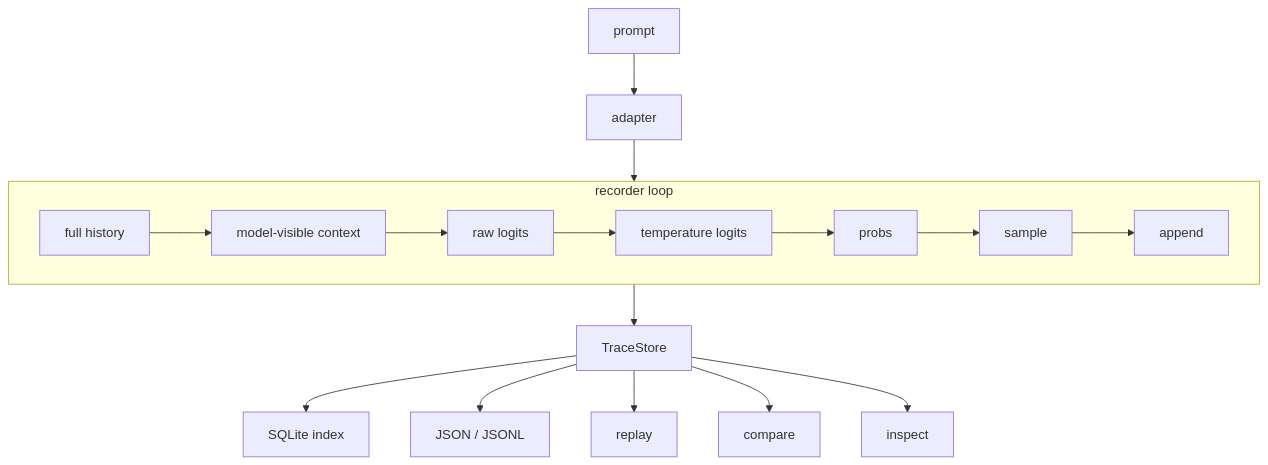
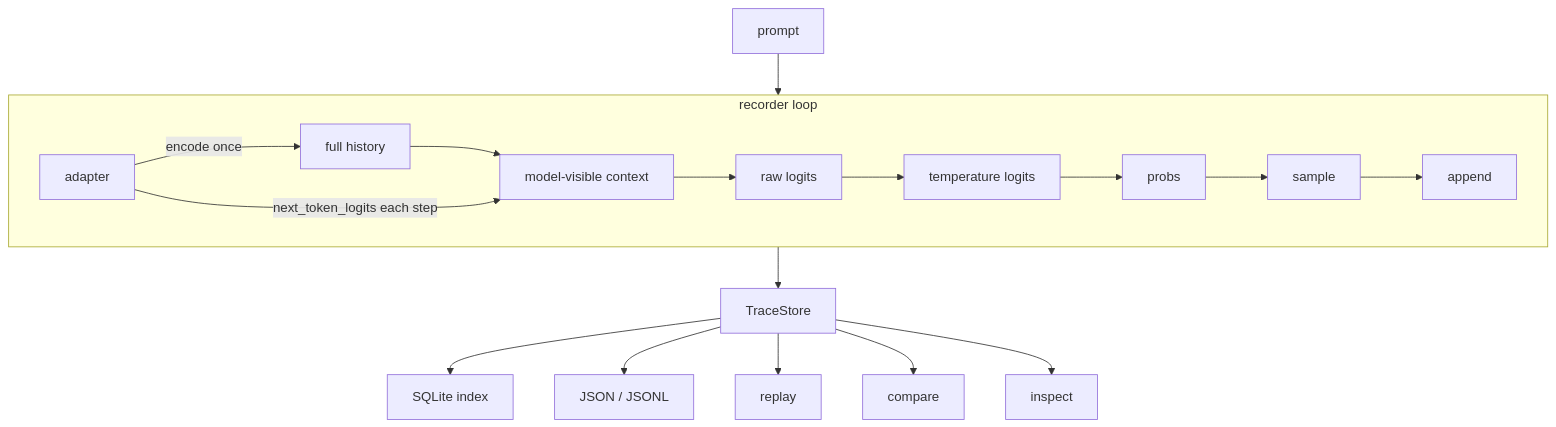
The first of 2 diagrams in README.md (sivaratrisrinivas/llm-flight-recorder), drawn with Mermaid before and after one commit. The commit also changed other lines of this file and 1 other file, not shown here.

Commit message:
Put the adapter inside the recorder loop in the README diagram
Outer path is prompt to recorder. The adapter encodes once and supplies
next_token_logits each step, matching record_generation and ADR 0004.

````diff
--- a/README.md
+++ b/README.md
@@ -15,20 +15,22 @@
 ```mermaid
 flowchart TD
-  prompt[prompt] --> adapter[adapter]
-  adapter --> rec
+  prompt[prompt] --> rec
   subgraph rec [recorder loop]
     direction LR
     hist[full history] --> vis[model-visible context]
     vis --> raw[raw logits]
     raw --> temp[temperature logits]
     temp --> probs[probs]
     probs --> sample[sample]
     sample --> append[append]
+    adapter[adapter]
+    adapter -->|"encode once"| hist
+    adapter -->|"next_token_logits each step"| vis
   end
   rec --> store[TraceStore]
   store --> sqlite[SQLite index]
   store --> files[JSON / JSONL]
   store --> replay[replay]
   store --> compare[compare]
   store --> inspect[inspect]
 ```
````
